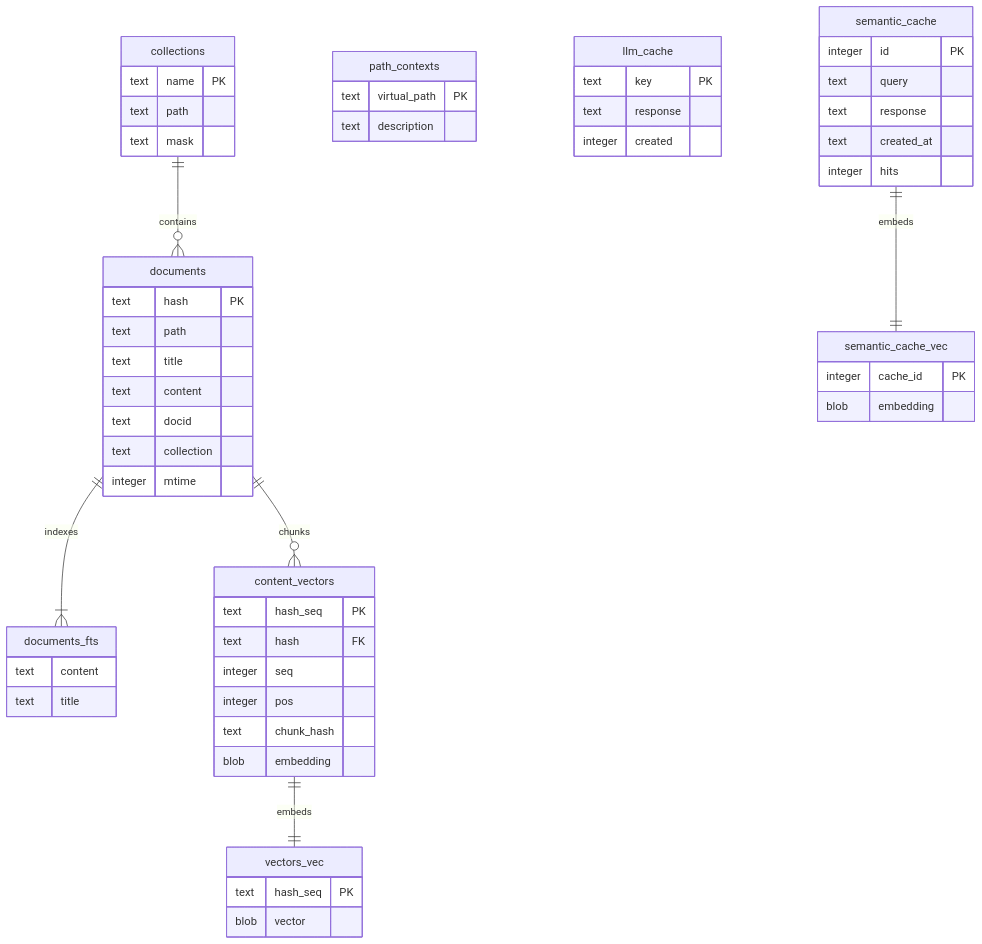
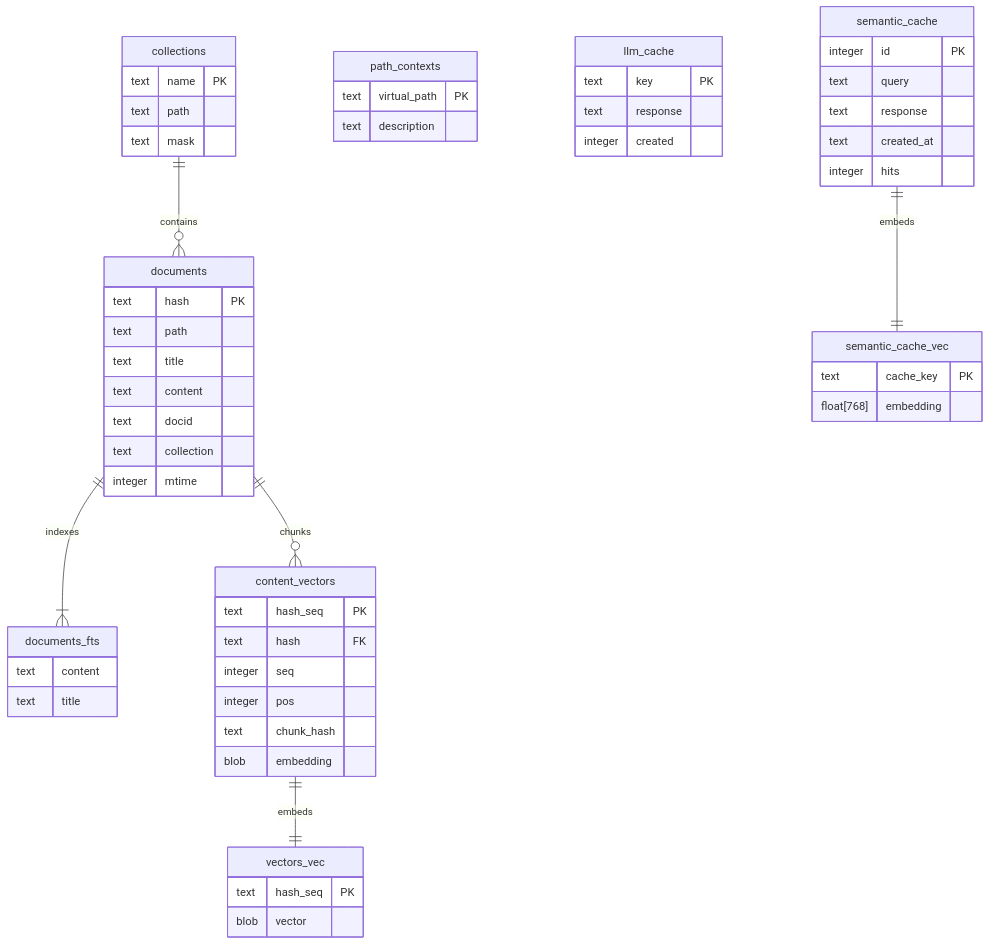
The third of 5 diagrams in README.md (ambicuity/KINDX), drawn with Mermaid before and after one commit. The commit also changed 2 other files, not shown here.

Commit message:
fix(engine): address AI review feedback for semantic cache

````diff
--- a/README.md
+++ b/README.md
@@ -725,59 +725,59 @@
 ```mermaid
 erDiagram
     collections {
         text name PK
         text path
         text mask
     }
     path_contexts {
         text virtual_path PK
         text description
     }
     documents {
         text hash PK
         text path
         text title
         text content
         text docid
         text collection
         integer mtime
     }
     documents_fts {
         text content
         text title
     }
     content_vectors {
         text hash_seq PK
         text hash FK
         integer seq
         integer pos
         text chunk_hash
         blob embedding
     }
     vectors_vec {
         text hash_seq PK
         blob vector
     }
     llm_cache {
         text key PK
         text response
         integer created
     }
     semantic_cache {
         integer id PK
         text query
         text response
         text created_at
         integer hits
     }
     semantic_cache_vec {
-        integer cache_id PK
-        blob embedding
+        text cache_key PK
+        float[768] embedding
     }
 
     collections ||--o{ documents : contains
     documents ||--|{ documents_fts : indexes
     documents ||--o{ content_vectors : chunks
     content_vectors ||--|| vectors_vec : embeds
     semantic_cache ||--|| semantic_cache_vec : embeds
 ```
````
